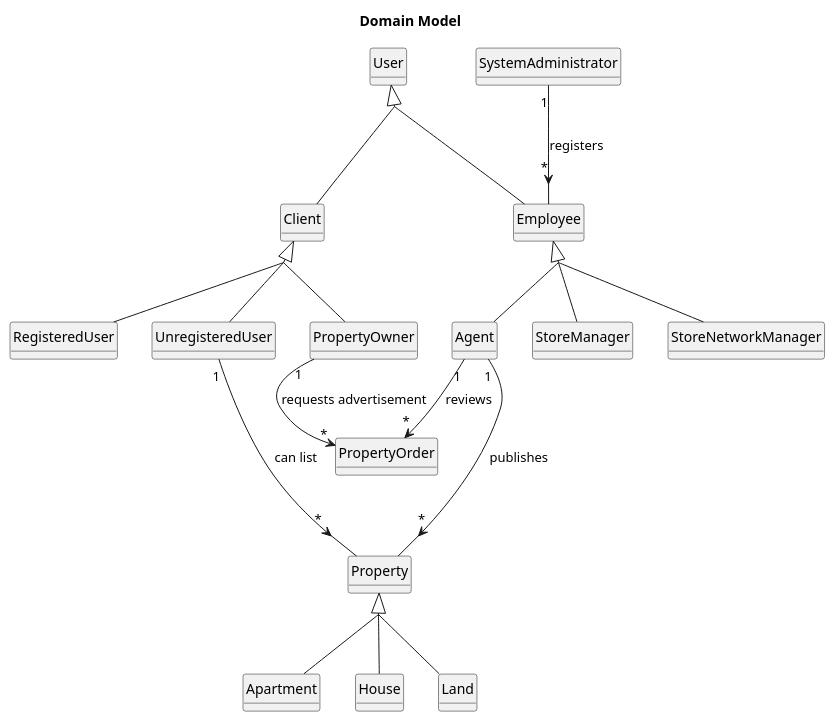
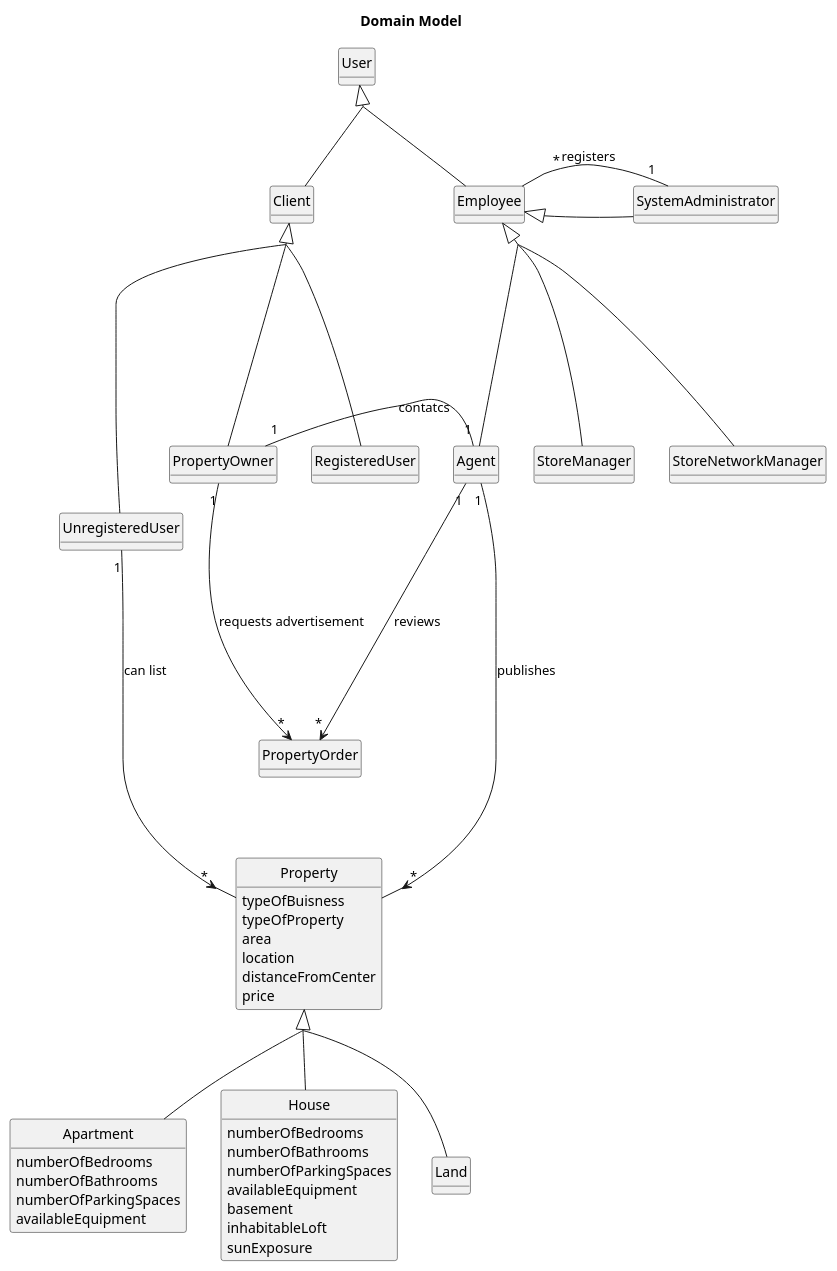
One commit to Goncalves2525/real-estate-management-system changed the diagram in docs/sprintA/global-artifacts/02.analysis/puml/project-domain-model (O NOSSO).puml. Above: the diagram before and after it, drawn with PlantUML. The commit also changed 1 other file, not shown here.

```diff
--- a/docs/sprintA/global-artifacts/02.analysis/puml/project-domain-model (O NOSSO).puml
+++ b/docs/sprintA/global-artifacts/02.analysis/puml/project-domain-model (O NOSSO).puml
@@ -1,78 +1,99 @@
 @startuml
 skinparam monochrome true
 skinparam packageStyle rectangle
 skinparam shadowing false
 'skinparam linetype ortho
-'left to right direction
 skinparam classAttributeIconSize 0
 skinparam groupInheritance 2
+'skinparam linetype polyline
+
 hide circle
 hide methods
-
+'left to right direction
 title Domain Model
 
 class Client{
 }
 
 class User{
 }
 
 class RegisteredUser{
 }
 
 class UnregisteredUser{
 }
 
 class PropertyOwner{
 }
 
 class Employee{
 }
 
 class Agent{
 }
 
 class StoreManager{
 }
 
 class StoreNetworkManager{
 }
 
 class SystemAdministrator{
 }
 
 class PropertyOrder{
 }
 
 class Property{
+    typeOfBuisness
+    typeOfProperty
+    area
+    location
+    distanceFromCenter
+    price
 }
 
 class Apartment{
+    numberOfBedrooms
+    numberOfBathrooms
+    numberOfParkingSpaces
+    availableEquipment
 }
 
 class House{
+    numberOfBedrooms
+    numberOfBathrooms
+    numberOfParkingSpaces
+    availableEquipment
+    basement
+    inhabitableLoft
+    sunExposure
 }
 
 class Land{
 }
 
 
-SystemAdministrator "1" --> "*" Employee : registers
+SystemAdministrator "1" -left "*" Employee : registers
 PropertyOwner "1" --> "*" PropertyOrder : requests advertisement
-Agent "1" --> "*" PropertyOrder : reviews
-Agent "1" --> "*" Property : publishes
+PropertyOwner "1" -right "1" Agent : contatcs
+Agent "1" ----> "*" PropertyOrder : reviews
+Agent "1" -----> "*" Property : publishes
 UnregisteredUser "1" ---> "*" Property: can list
 
-Client <|-- RegisteredUser
-Client <|-- UnregisteredUser
-Client <|-- PropertyOwner
+Client <|---- RegisteredUser
+Client <|---- UnregisteredUser
+Client <|---- PropertyOwner
 User <|-- Client
 User <|-- Employee
 Employee <|-- Agent
-Employee <|-- StoreManager
-Employee <|-- StoreNetworkManager
+Employee <|---- StoreManager
+Employee <|---- StoreNetworkManager
 Property <|-- House
 Property <|-- Apartment
 Property <|-- Land
+Employee <|-- SystemAdministrator
+
 
 @enduml
```
